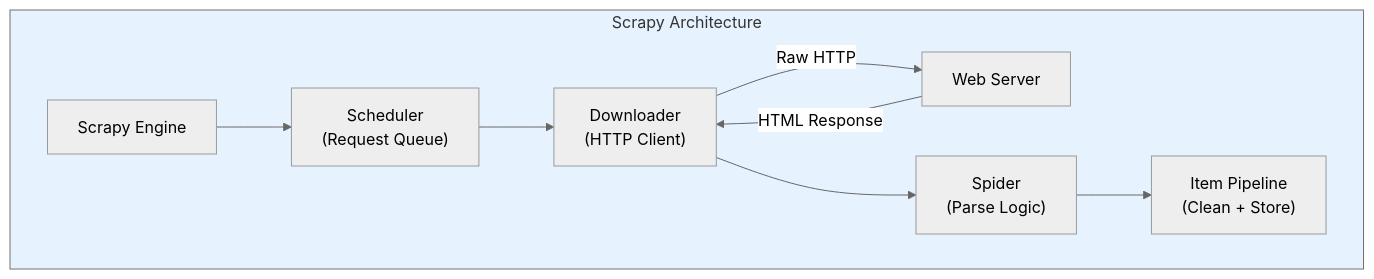
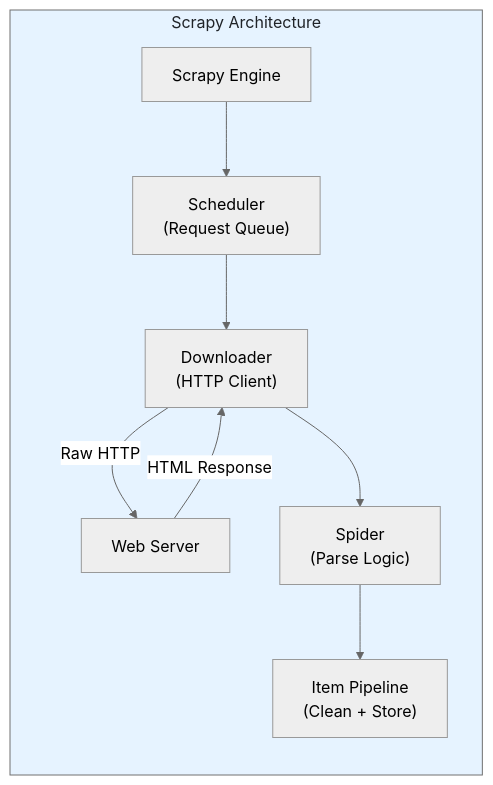
Before and after one commit to bytetunnels/bytetunnels.github.com: the first of 5 diagrams in _posts/2026-02-27-scrapy-vs-puppeteer-when-to-use-crawler-vs-browser.md, drawn with Mermaid (neutral theme). The commit also changed other lines of this file and 118 other files, not shown here.

Commit message:
feat: improve diagram styling and compact wide flowcharts

````diff
--- a/_posts/2026-02-27-scrapy-vs-puppeteer-when-to-use-crawler-vs-browser.md
+++ b/_posts/2026-02-27-scrapy-vs-puppeteer-when-to-use-crawler-vs-browser.md
@@ -21,13 +21,14 @@
 ```mermaid
 graph TD
     subgraph SCRAPY["Scrapy Architecture"]
-        A["Scrapy Engine"] --> B["Scheduler<br>(Request Queue)"]
-        B --> C["Downloader<br>(HTTP Client)"]
+        direction TB
+        A["Scrapy Engine"] --> B["Scheduler<br/>(Request Queue)"]
+        B --> C["Downloader<br/>(HTTP Client)"]
         C -->|"Raw HTTP"| D["Web Server"]
         D -->|"HTML Response"| C
-        C --> E["Spider<br>(Parse Logic)"]
-        E --> F["Item Pipeline<br>(Clean + Store)"]
+        C --> E["Spider<br/>(Parse Logic)"]
+        E --> F["Item Pipeline<br/>(Clean + Store)"]
     end
 
-    style SCRAPY fill:#e6f3ff
+    style SCRAPY fill:#e6f3ff,color:#1f2328
 ```
````
